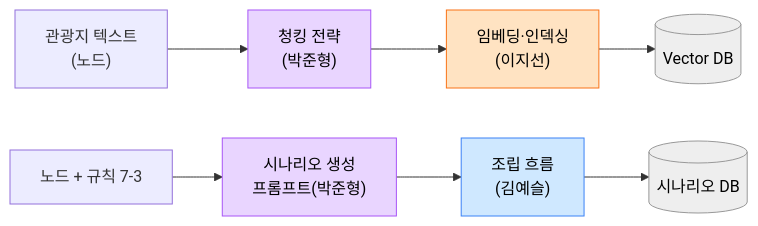
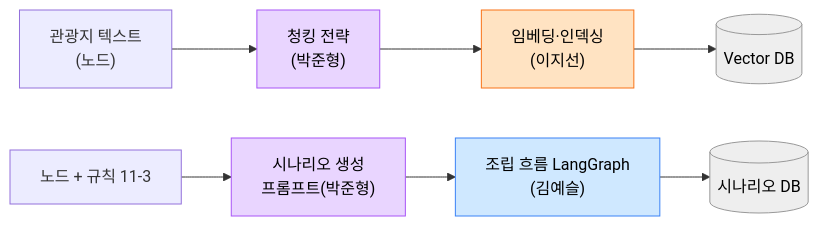
Before and after one commit to 2026-genai-ar-tourism-data-rpg/.github: diagram 11 of 12 in report/아키텍처_파이프라인.md, drawn with Mermaid. The commit also changed other lines of this file and 2 other files, not shown here.

Commit message:
docs: 정본 정합성 반영 (LangGraph·지역 인메모리·배포모델·큐 전략·용어 통일)

````diff
--- a/report/아키텍처_파이프라인.md
+++ b/report/아키텍처_파이프라인.md
@@ -255,11 +466,11 @@
 ```mermaid
 flowchart LR
     Text["관광지 텍스트<br/>(노드)"] --> Chunk["청킹 전략<br/>(박준형)"]:::pjh
     Chunk --> Emb["임베딩·인덱싱<br/>(이지선)"]:::ljs --> KB[("Vector DB")]:::sys
-    Nodes["노드 + 규칙 7-3"] --> SGen["시나리오 생성<br/>프롬프트(박준형)"]:::pjh --> SOrc["조립 흐름<br/>(김예슬)"]:::kys --> SDB[("시나리오 DB")]:::sys
+    Nodes["노드 + 규칙 11-3"] --> SGen["시나리오 생성<br/>프롬프트(박준형)"]:::pjh --> SOrc["조립 흐름 LangGraph<br/>(김예슬)"]:::kys --> SDB[("시나리오 DB")]:::sys
 
     classDef kys fill:#cfe8ff,stroke:#3b82f6,color:#000
     classDef ljs fill:#ffe3c2,stroke:#f97316,color:#000
     classDef pjh fill:#e9d5ff,stroke:#a855f7,color:#000
     classDef sys fill:#eeeeee,stroke:#999999,color:#000
 ```
````
